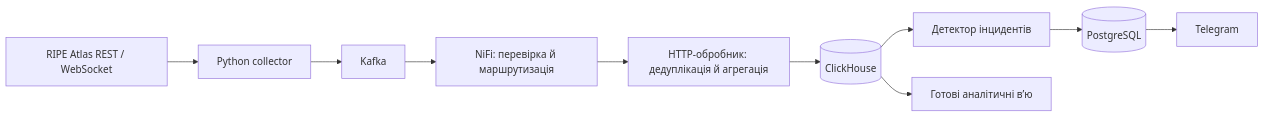
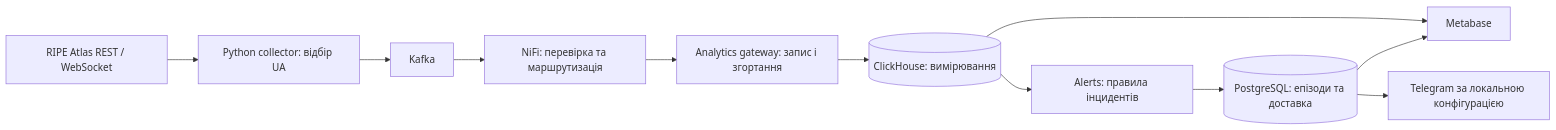
Before and after one commit to uneavk/ripe-atlas-monitoring: the diagram in README.md, drawn with Mermaid. The commit also changed other lines of this file and 27 other files, not shown here.

Commit message:
Publish Metabase analytics and organize project setup and documentation

````diff
--- a/README.md
+++ b/README.md
@@ -17,12 +37,13 @@
 ```mermaid
 flowchart LR
-    R[RIPE Atlas REST / WebSocket] --> P[Python collector]
+    R[RIPE Atlas REST / WebSocket] --> P[Python collector: відбір UA]
     P --> K[Kafka]
-    K --> N[NiFi: перевірка й маршрутизація]
-    N --> G[HTTP-обробник: дедуплікація й агрегація]
-    G --> C[(ClickHouse)]
-    C --> A[Детектор інцидентів]
-    A --> D[(PostgreSQL)]
-    D --> T[Telegram]
-    C --> V[Готові аналітичні в’ю]
+    K --> N[NiFi: перевірка та маршрутизація]
+    N --> G[Analytics gateway: запис і згортання]
+    G --> C[(ClickHouse: вимірювання)]
+    C --> A[Alerts: правила інцидентів]
+    A --> D[(PostgreSQL: епізоди та доставка)]
+    C --> M[Metabase]
+    D --> M
+    D --> T[Telegram за локальною конфігурацією]
 ```
````
